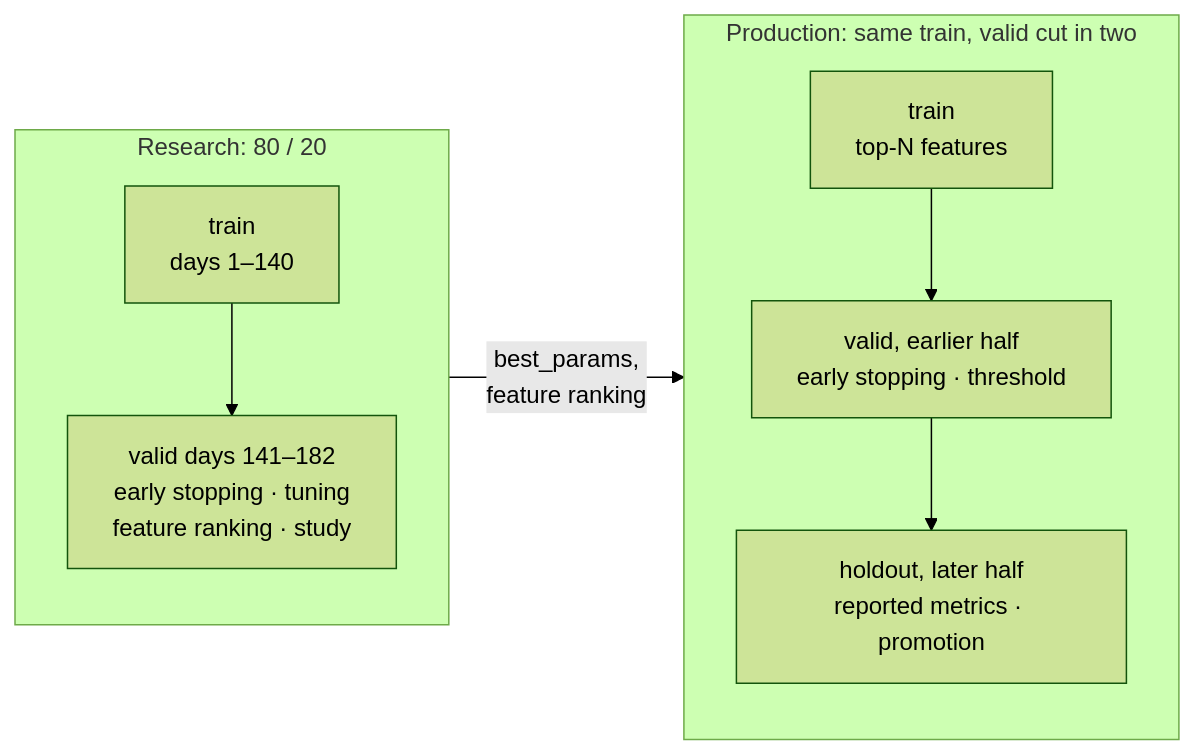
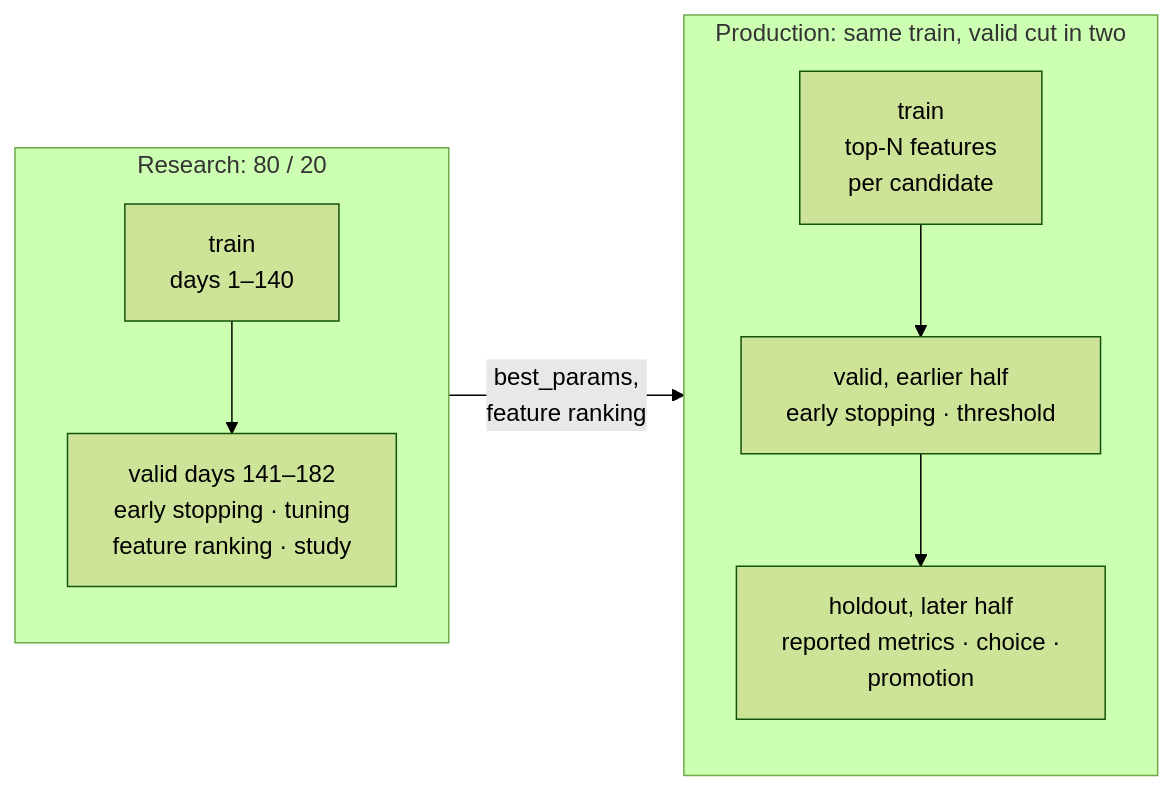
One commit to MikolajKurtyka/fraud-detection-kedro changed the second of 2 diagrams in docs/06_modeling_approach.md. Above: the diagram before and after it, drawn with Mermaid (forest theme). The commit also changed other lines of this file and 7 other files, not shown here.

````diff
--- a/docs/06_modeling_approach.md
+++ b/docs/06_modeling_approach.md
@@ -224,10 +232,10 @@
 ```mermaid
 flowchart LR
     subgraph research["Research: 80 / 20"]
         A1["train<br/>days 1–140"] --> B1["valid days 141–182<br/>early stopping · tuning<br/>feature ranking · study"]
     end
     subgraph production["Production: same train, valid cut in two"]
-        A2["train<br/>top-N features"] --> B2["valid, earlier half<br/>early stopping · threshold"] --> C2["holdout, later half<br/>reported metrics · promotion"]
+        A2["train<br/>top-N features<br/>per candidate"] --> B2["valid, earlier half<br/>early stopping · threshold"] --> C2["holdout, later half<br/>reported metrics · choice ·<br/>promotion"]
     end
     research -->|"best_params,<br/>feature ranking"| production
 ```
````
